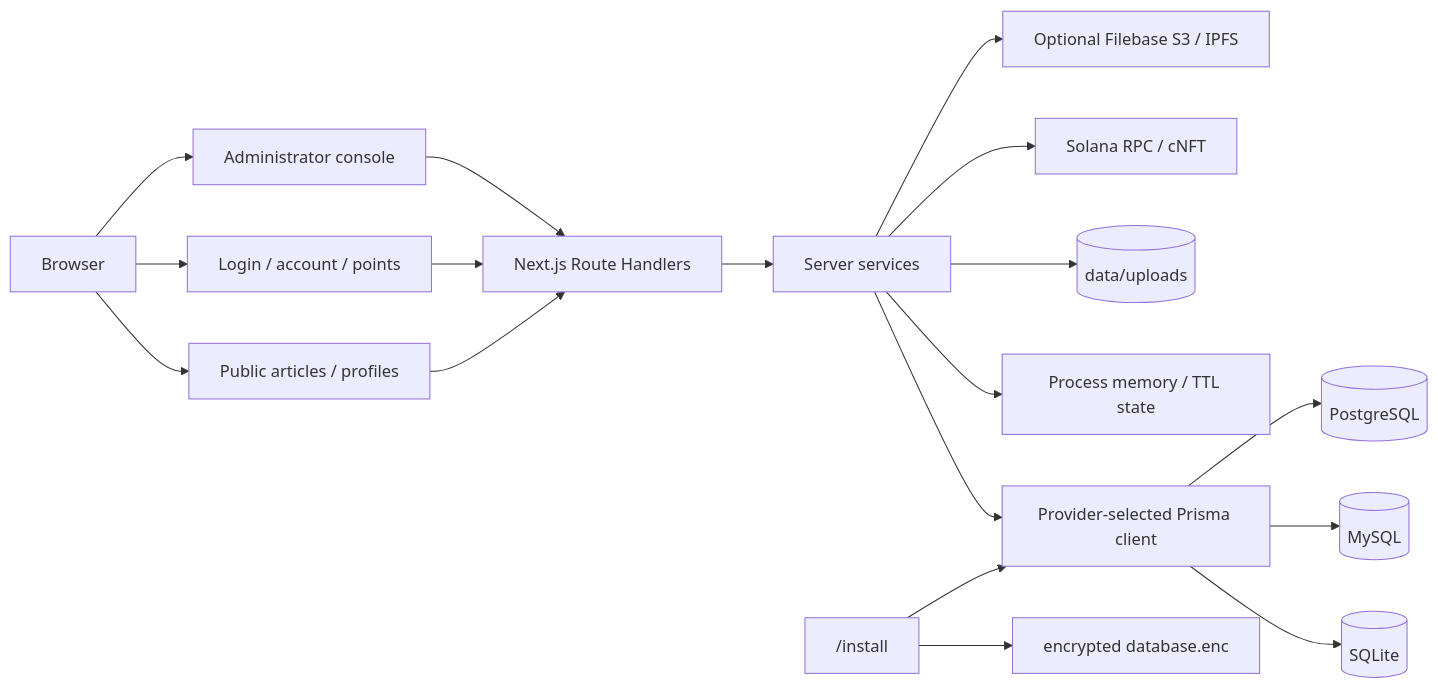
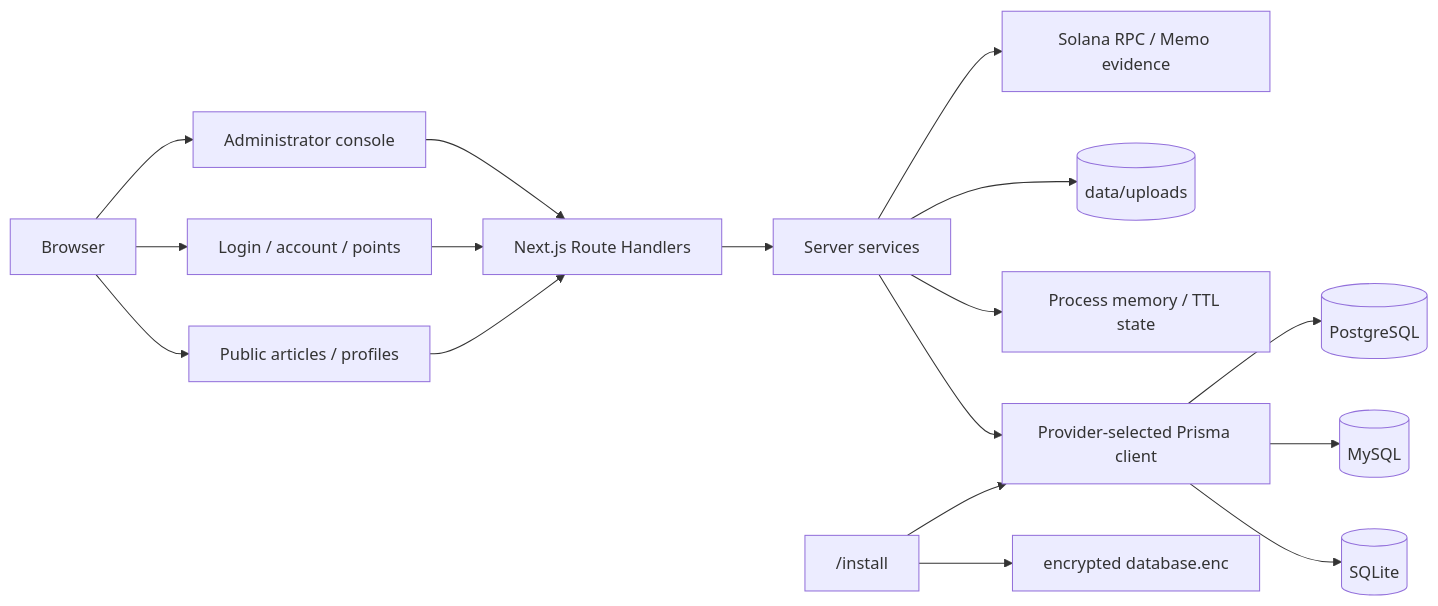
The diagram in README.md (holic512/SlothVault), drawn with Mermaid before and after one commit. The commit also changed other lines of this file and 105 other files, not shown here.

Commit message:
[feat] [ 1.将 cNFT 全量替换为版本级 Solana 交易存证并完善后台办理与公开核验。 2.新增三数据库迁移、2.2.0 备份兼容及交易协议与状态流转测试。 3.优化 Docker standalone 产物清理与镜像体积检查流程。 ]

````diff
--- a/README.md
+++ b/README.md
@@ -113,24 +111,23 @@
 ```mermaid
 flowchart LR
     Browser["Browser"] --> Public["Public articles / profiles"]
     Browser --> Account["Login / account / points"]
     Browser --> Admin["Administrator console"]
 
     Public --> Routes["Next.js Route Handlers"]
     Account --> Routes
     Admin --> Routes
 
     Routes --> Services["Server services"]
     Services --> Prisma["Provider-selected Prisma client"]
     Prisma --> SQLite[(SQLite)]
     Prisma --> MySQL[(MySQL)]
     Prisma --> PostgreSQL[(PostgreSQL)]
 
     Services --> Memory["Process memory / TTL state"]
     Services --> Uploads[(data/uploads)]
-    Services --> Solana["Solana RPC / cNFT"]
-    Services --> Filebase["Optional Filebase S3 / IPFS"]
+    Services --> Solana["Solana RPC / Memo evidence"]
 
     Installer["/install"] --> Config["encrypted database.enc"]
     Installer --> Prisma
 ```
````
